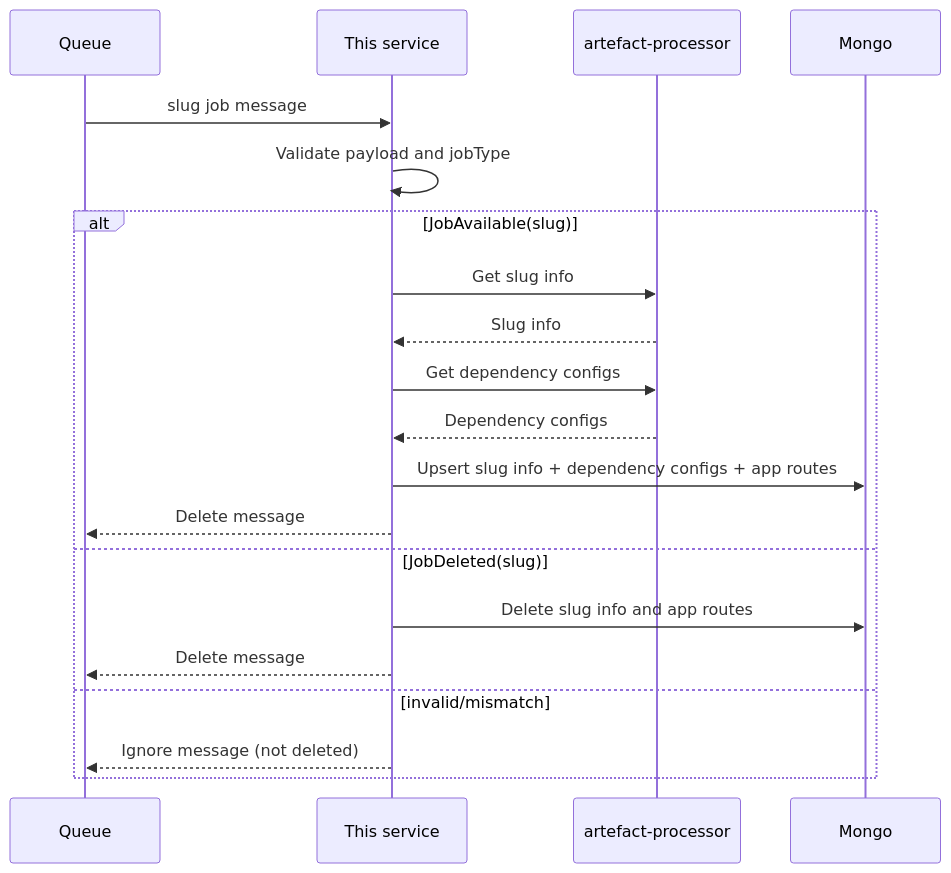
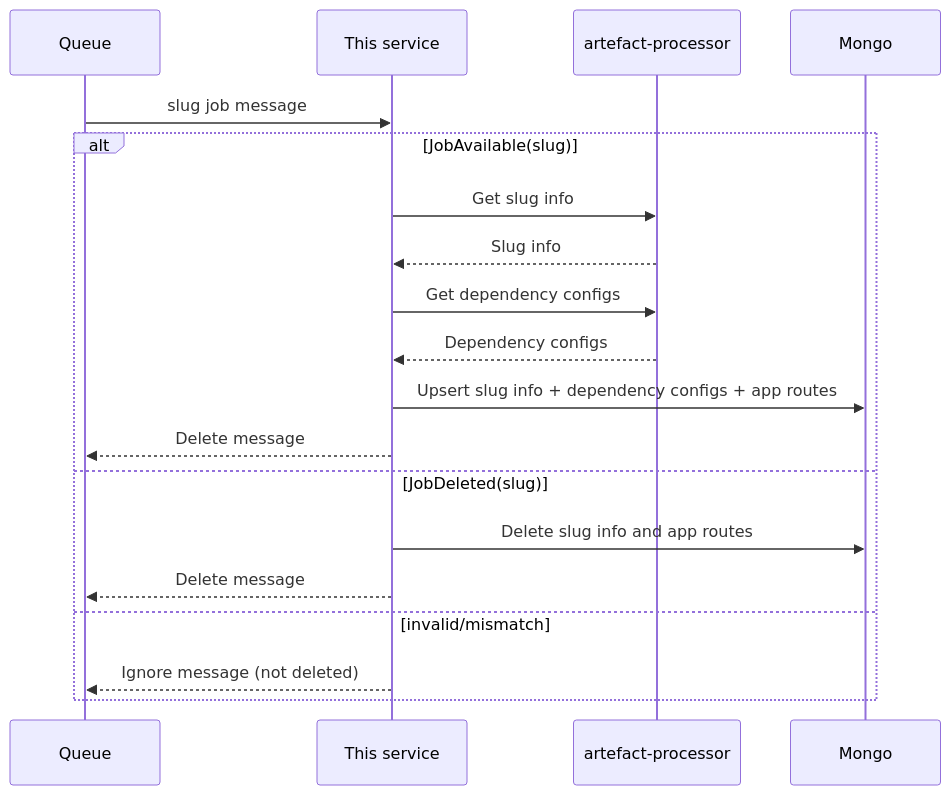
One commit to uk-gov-mirror/hmrc.service-configs changed the fourth of 8 diagrams in conf/diagram.md. Above: the diagram before and after it, drawn with Mermaid. The commit also changed other lines of this file, not shown here.

````diff
--- a/conf/diagram.md
+++ b/conf/diagram.md
@@ -73,26 +99,25 @@
 ```mermaid
 sequenceDiagram
   participant Q as Queue
   participant S as This service
   participant AP as artefact-processor
   participant M as Mongo
 
   Q->>S: slug job message
-  S->>S: Validate payload and jobType
 
   alt JobAvailable(slug)
     S->>AP: Get slug info
     AP-->>S: Slug info
     S->>AP: Get dependency configs
     AP-->>S: Dependency configs
     S->>M: Upsert slug info + dependency configs + app routes
     S-->>Q: Delete message
 
   else JobDeleted(slug)
     S->>M: Delete slug info and app routes
     S-->>Q: Delete message
 
   else invalid/mismatch
     S-->>Q: Ignore message (not deleted)
   end
 ```
````
